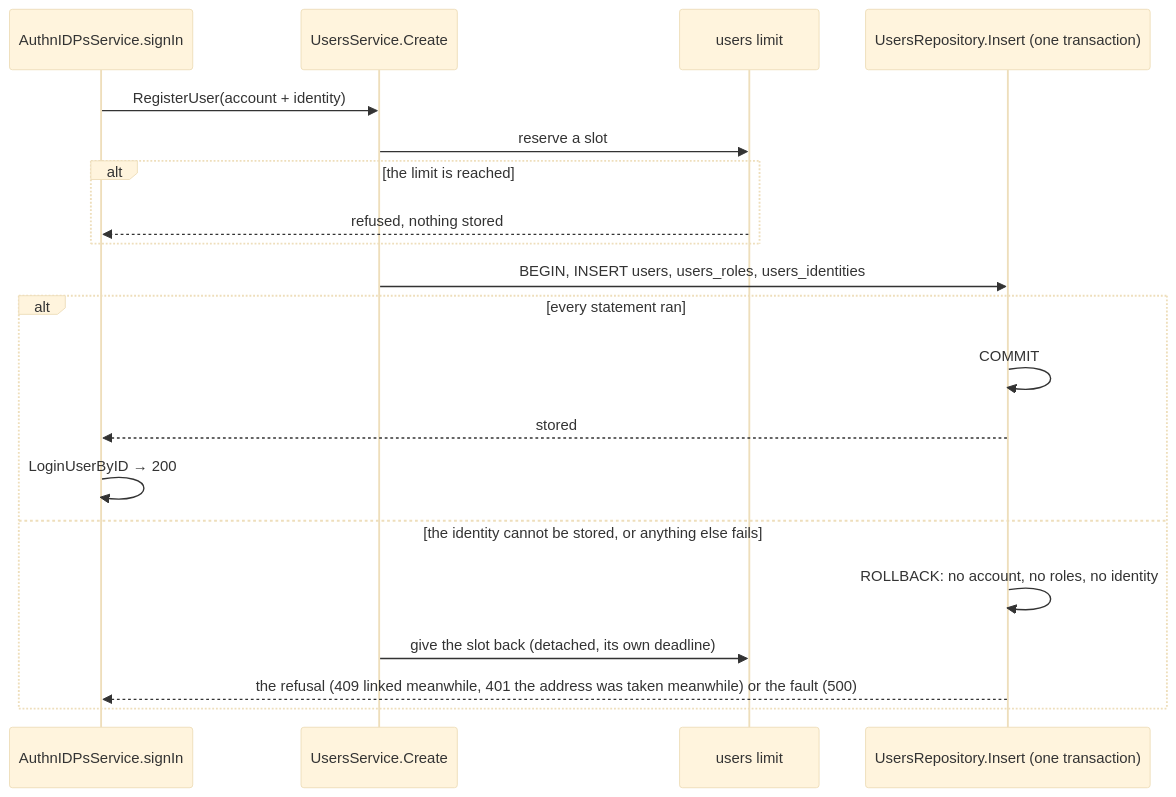
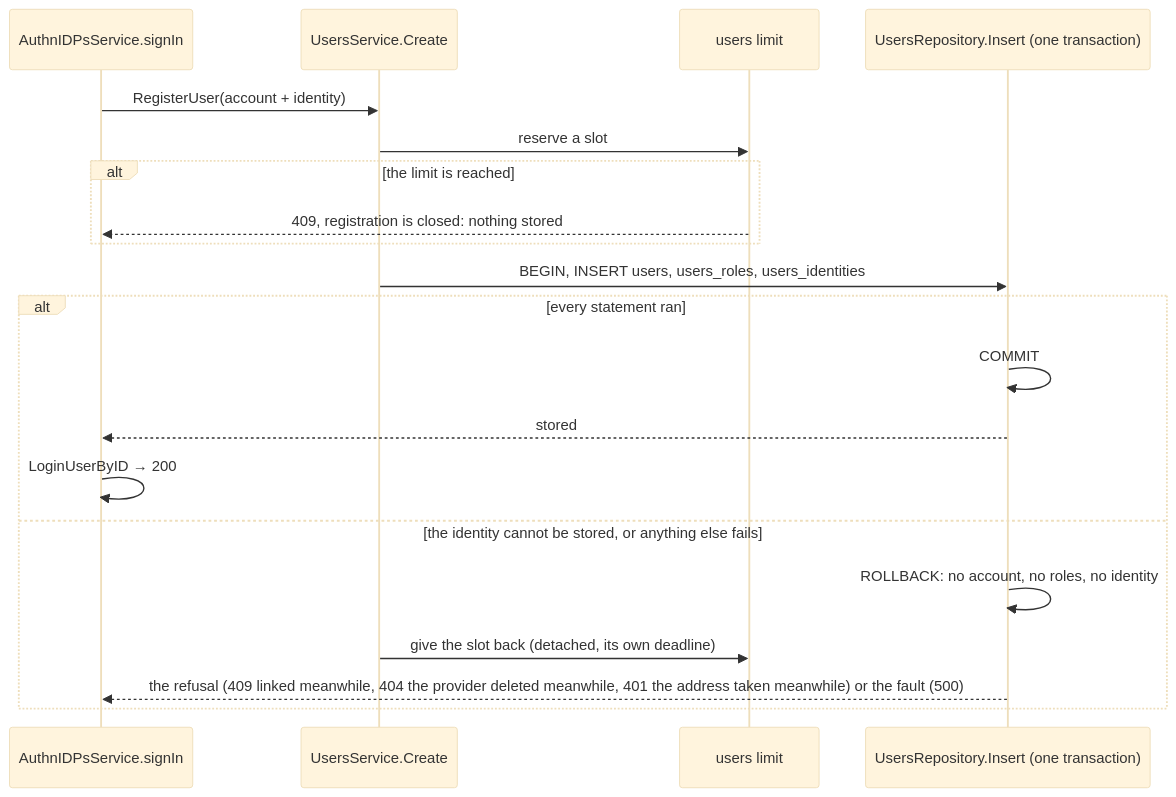
The fourth of 8 diagrams in docs/architecture/identity-providers.md (p2p-b2b/go-rest-api-service-template), drawn with Mermaid (base theme) before and after one commit. The commit also changed other lines of this file and 8 other files, not shown here.

````diff
--- a/docs/architecture/identity-providers.md
+++ b/docs/architecture/identity-providers.md
@@ -223,22 +223,22 @@
 ```mermaid
 sequenceDiagram
     participant U as AuthnIDPsService.signIn
     participant S as UsersService.Create
     participant L as users limit
     participant DB as UsersRepository.Insert (one transaction)
     U->>S: RegisterUser(account + identity)
     S->>L: reserve a slot
     alt the limit is reached
-        L-->>U: refused, nothing stored
+        L-->>U: 409, registration is closed: nothing stored
     end
     S->>DB: BEGIN, INSERT users, users_roles, users_identities
     alt every statement ran
         DB->>DB: COMMIT
         DB-->>U: stored
         U->>U: LoginUserByID → 200
     else the identity cannot be stored, or anything else fails
         DB->>DB: ROLLBACK: no account, no roles, no identity
         S->>L: give the slot back (detached, its own deadline)
-        DB-->>U: the refusal (409 linked meanwhile, 401 the address was taken meanwhile) or the fault (500)
+        DB-->>U: the refusal (409 linked meanwhile, 404 the provider deleted meanwhile, 401 the address taken meanwhile) or the fault (500)
     end
 ```
````
